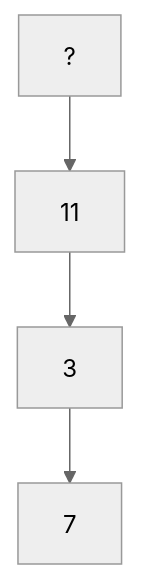
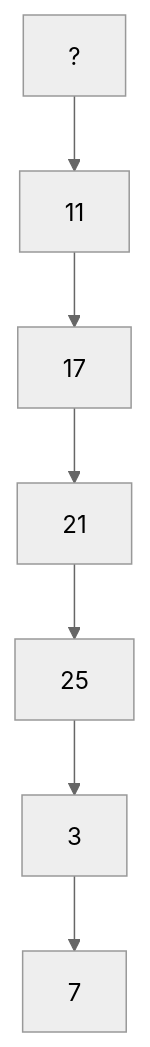
Before and after one commit to Amiyahvbest/Guessing.md: the diagram in Guessing.md, drawn with Mermaid (neutral theme).

Commit message:
Guessing.md

````diff
--- a/Guessing.md
+++ b/Guessing.md
@@ -1,6 +1,9 @@
 ```mermaid
 flowchart TD;
 3-->7
 ?-->11
-11-->3
+11-->17
+17-->21
+21-->25
+25-->3
 ```
````
